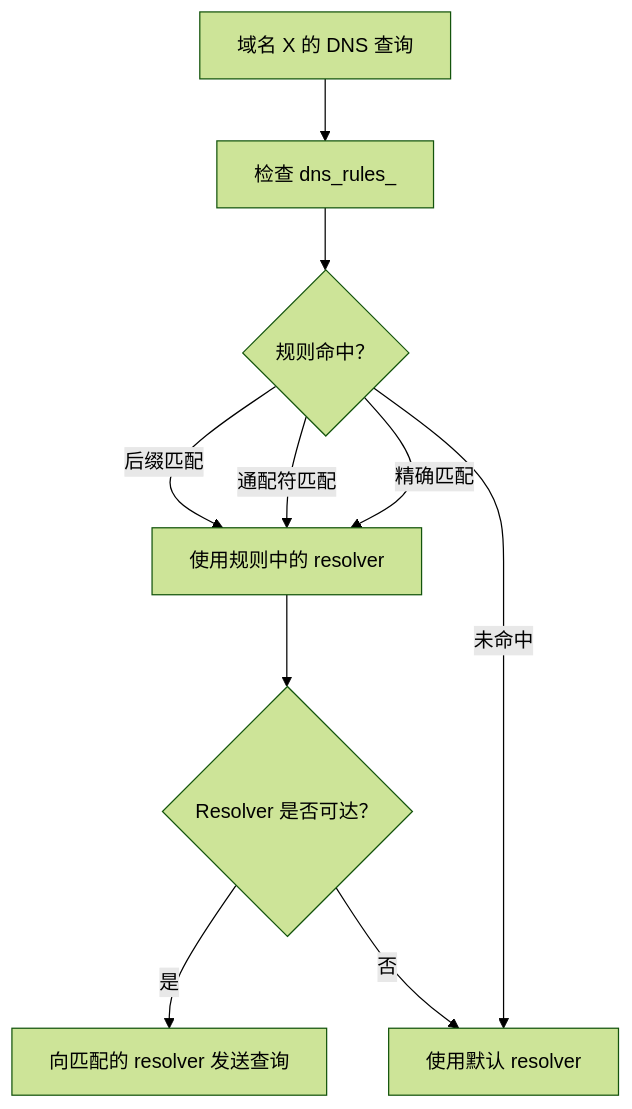
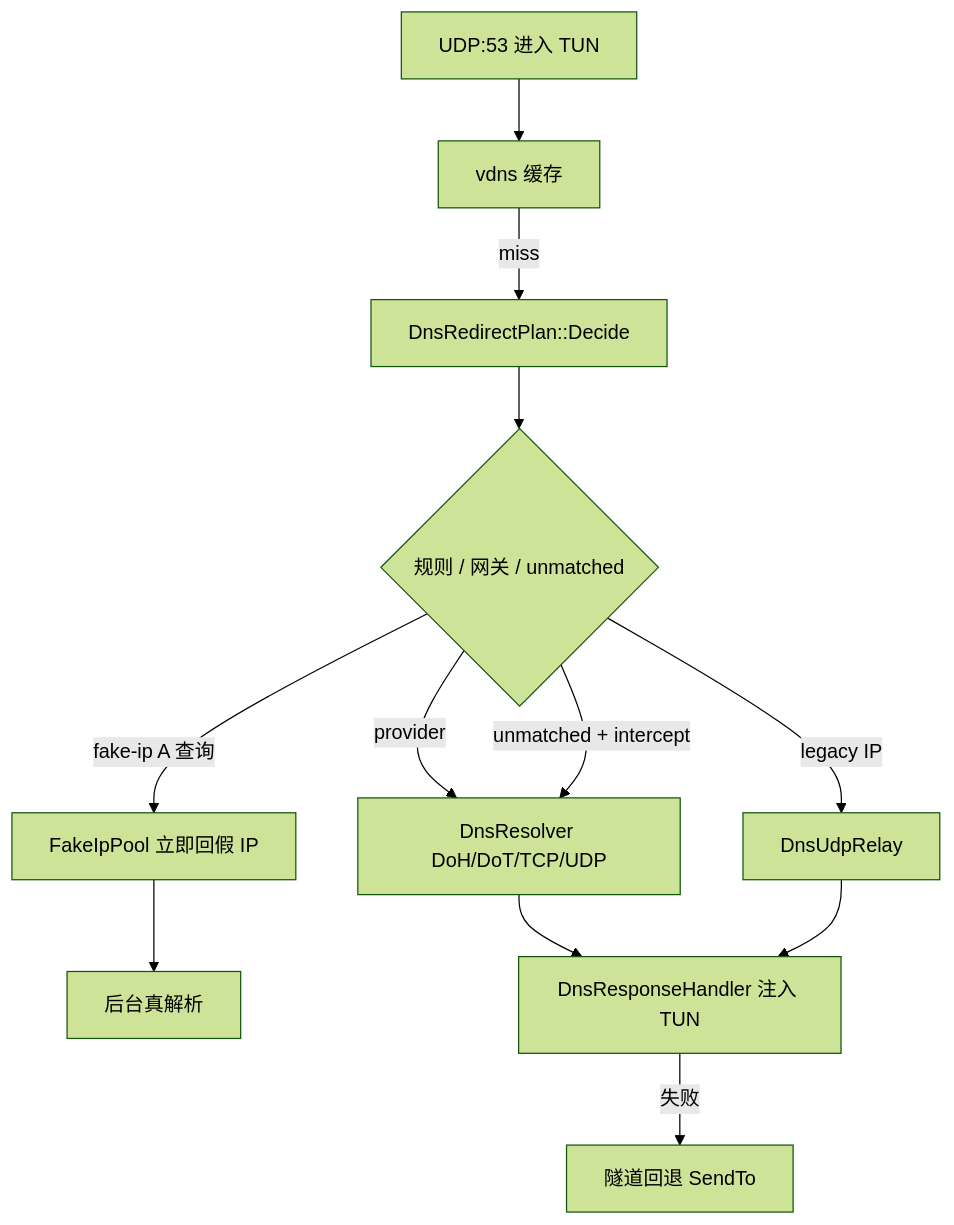
Before and after one commit to HyacinthHaru/openppp2: the third of 7 diagrams in docs/ROUTING_AND_DNS_CN.md, drawn with Mermaid (forest theme). The commit also changed other lines of this file and 53 other files, not shown here.

First line of the commit message:
refactor(dns): extract interceptor module, unify routing, add fake-ip

````diff
--- a/docs/ROUTING_AND_DNS_CN.md
+++ b/docs/ROUTING_AND_DNS_CN.md
@@ -149,12 +149,14 @@
 ```mermaid
 flowchart TD
-    A[域名 X 的 DNS 查询] --> B[检查 dns_rules_]
-    B --> C{规则命中？}
-    C -->|后缀匹配| D[使用规则中的 resolver]
-    C -->|通配符匹配| D
-    C -->|精确匹配| D
-    C -->|未命中| E[使用默认 resolver]
-    D --> F{Resolver 是否可达？}
-    F -->|是| G[向匹配的 resolver 发送查询]
-    F -->|否| E
+    A[UDP:53 进入 TUN] --> B[vdns 缓存]
+    B -->|miss| C[DnsRedirectPlan::Decide]
+    C --> D{规则 / 网关 / unmatched}
+    D -->|provider| E[DnsResolver DoH/DoT/TCP/UDP]
+    D -->|legacy IP| F[DnsUdpRelay]
+    D -->|unmatched + intercept| E
+    D -->|fake-ip A 查询| G[FakeIpPool 立即回假 IP]
+    G --> H[后台真解析]
+    E --> I[DnsResponseHandler 注入 TUN]
+    F --> I
+    I -->|失败| J[隧道回退 SendTo]
 ```
````
